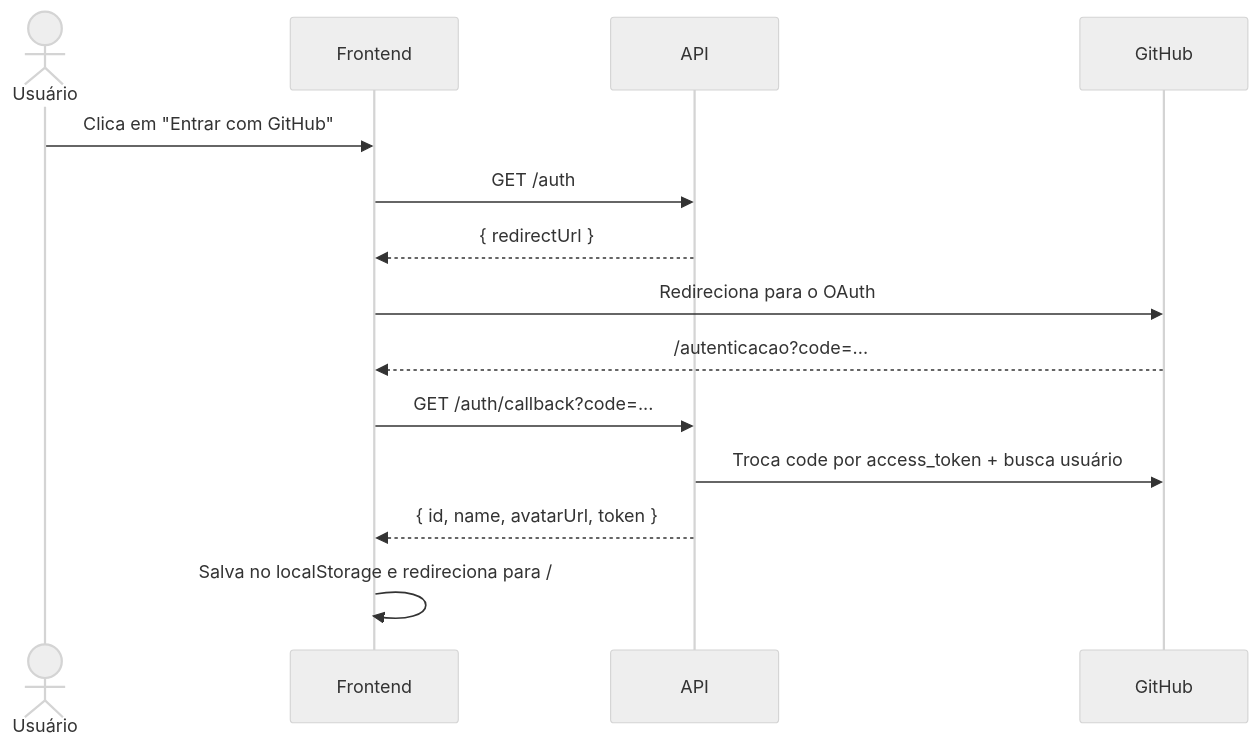
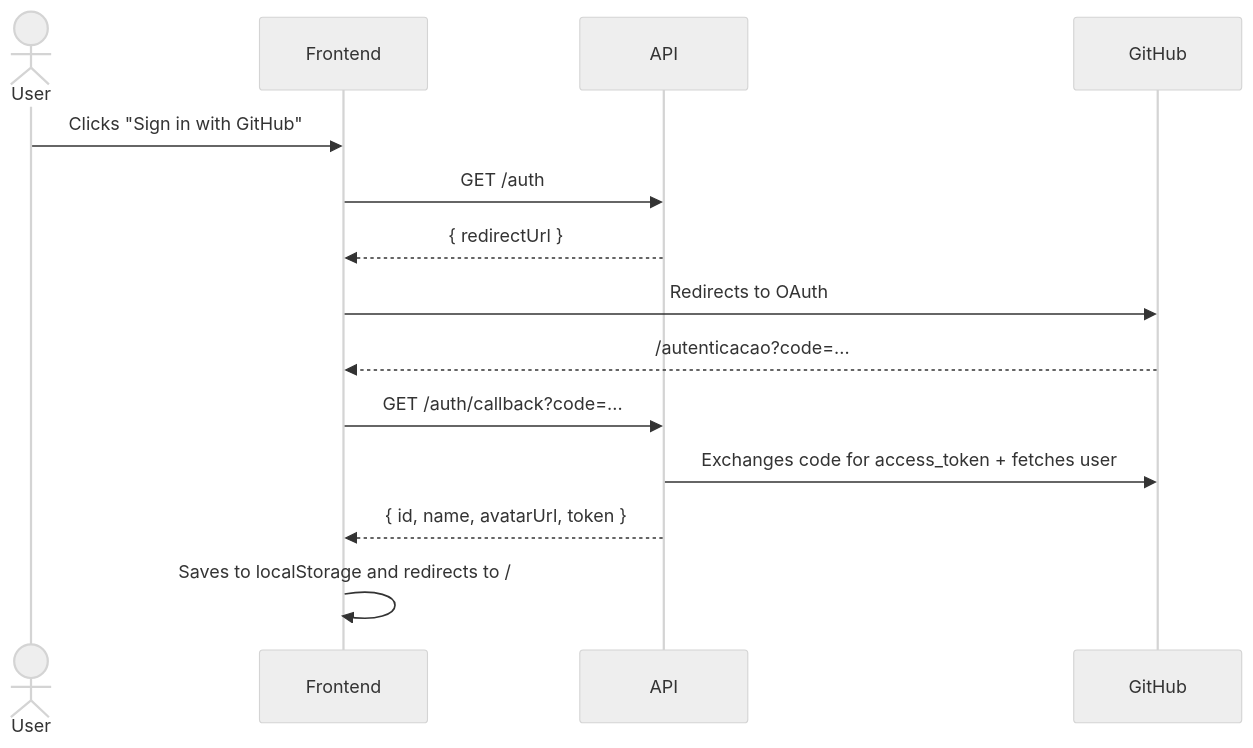
One commit to agustinhopneto/dc-elitetracker-front changed the second of 2 diagrams in README.md. Above: the diagram before and after it, drawn with Mermaid (neutral theme). The commit also changed other lines of this file, not shown here.

````diff
--- a/README.md
+++ b/README.md
@@ -128,17 +130,17 @@
 ```mermaid
 sequenceDiagram
-    actor U as Usuário
+    actor U as User
     participant F as Frontend
     participant A as API
     participant G as GitHub
 
-    U->>F: Clica em "Entrar com GitHub"
+    U->>F: Clicks "Sign in with GitHub"
     F->>A: GET /auth
     A-->>F: { redirectUrl }
-    F->>G: Redireciona para o OAuth
+    F->>G: Redirects to OAuth
     G-->>F: /autenticacao?code=...
     F->>A: GET /auth/callback?code=...
-    A->>G: Troca code por access_token + busca usuário
+    A->>G: Exchanges code for access_token + fetches user
     A-->>F: { id, name, avatarUrl, token }
-    F->>F: Salva no localStorage e redireciona para /
+    F->>F: Saves to localStorage and redirects to /
 ```
````
